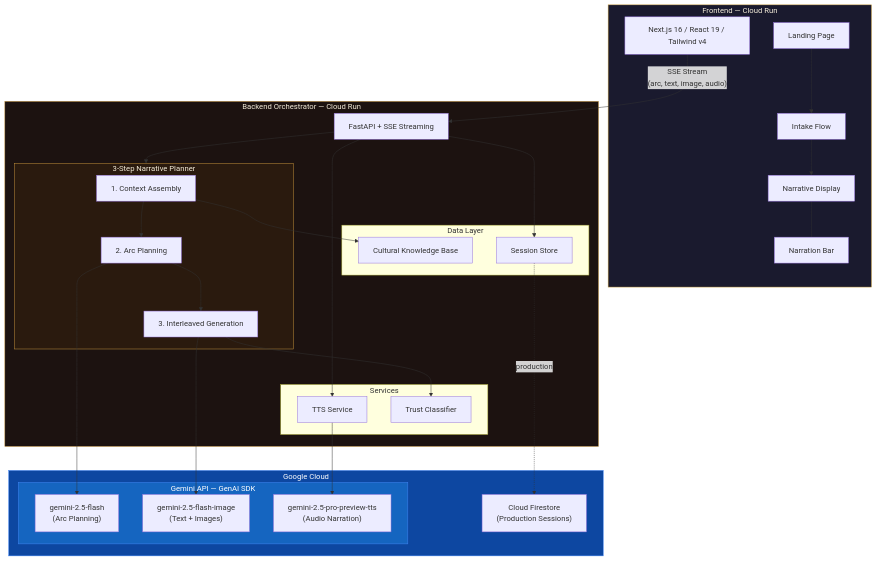
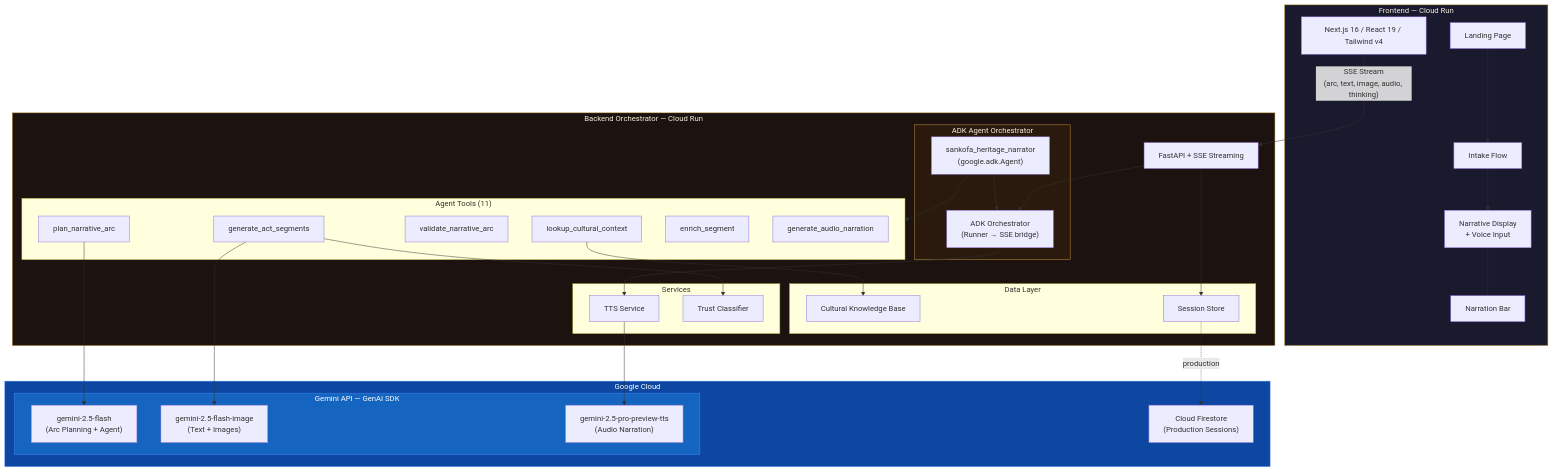
One commit to Jeremiah-Sakuda/Sankofa changed the diagram in README.md. Above: the diagram before and after it, drawn with Mermaid. The commit also changed other lines of this file, not shown here.

Commit message:
docs: update README with ADK orchestration, voice input, streaming follow-ups
- Architecture diagram now shows ADK agent as the real orchestrator
  with 11 tools, replacing the old 3-step pipeline view
- Tech stack table adds ADK, voice input, and streaming follow-up entries
- New "ADK Agent Orchestration" section explains the agent workflow
  and use_adk fallback toggle
- Updated feature list with voice input and streaming follow-ups

````diff
--- a/README.md
+++ b/README.md
@@ -39,58 +41,67 @@
 ```mermaid
 flowchart TB
     subgraph Frontend["Frontend — Cloud Run"]
         FE["Next.js 16 / React 19 / Tailwind v4"]
         LP["Landing Page"]
         IF["Intake Flow"]
-        ND["Narrative Display"]
+        ND["Narrative Display\n+ Voice Input"]
         NB["Narration Bar"]
         LP --> IF --> ND
         ND --- NB
     end
 
     subgraph Backend["Backend Orchestrator — Cloud Run"]
         FA["FastAPI + SSE Streaming"]
-        
-        subgraph Pipeline["3-Step Narrative Planner"]
-            S1["1. Context Assembly"]
-            S2["2. Arc Planning"]
-            S3["3. Interleaved Generation"]
-            S1 --> S2 --> S3
+
+        subgraph ADK["ADK Agent Orchestrator"]
+            AG["sankofa_heritage_narrator\n(google.adk.Agent)"]
+            OR["ADK Orchestrator\n(Runner → SSE bridge)"]
+            AG --> OR
+        end
+
+        subgraph Tools["Agent Tools (11)"]
+            T1["lookup_cultural_context"]
+            T2["plan_narrative_arc"]
+            T3["validate_narrative_arc"]
+            T4["generate_act_segments"]
+            T5["enrich_segment"]
+            T6["generate_audio_narration"]
         end
 
         subgraph Services["Services"]
             TTS["TTS Service"]
             TC["Trust Classifier"]
         end
 
         subgraph Data["Data Layer"]
             KB["Cultural Knowledge Base"]
             SS["Session Store"]
         end
     end
 
     subgraph GCP["Google Cloud"]
         subgraph Gemini["Gemini API — GenAI SDK"]
-            GM1["gemini-2.5-flash\n(Arc Planning)"]
+            GM1["gemini-2.5-flash\n(Arc Planning + Agent)"]
             GM2["gemini-2.5-flash-image\n(Text + Images)"]
             GM3["gemini-2.5-pro-preview-tts\n(Audio Narration)"]
         end
         FS["Cloud Firestore\n(Production Sessions)"]
     end
 
-    FE -- "SSE Stream\n(arc, text, image, audio)" --> FA
-    FA --> Pipeline
-    S1 --> KB
-    S2 --> GM1
-    S3 --> GM2
-    FA --> TTS --> GM3
-    S3 --> TC
+    FE -- "SSE Stream\n(arc, text, image, audio, thinking)" --> FA
+    FA --> OR
+    AG --> Tools
+    T1 --> KB
+    T2 --> GM1
+    T4 --> GM2
+    OR --> TTS --> GM3
+    T4 --> TC
     FA --> SS
     SS -. "production" .-> FS
 
     style Frontend fill:#1a1a2e,color:#f5edda,stroke:#d4a843
     style Backend fill:#1c1210,color:#f5edda,stroke:#c8963e
     style GCP fill:#0d47a1,color:#fff,stroke:#4285f4
     style Gemini fill:#1565c0,color:#fff,stroke:#4285f4
-    style Pipeline fill:#2a1a0e,color:#f5edda,stroke:#c8963e
+    style ADK fill:#2a1a0e,color:#f5edda,stroke:#c8963e
 ```
````
